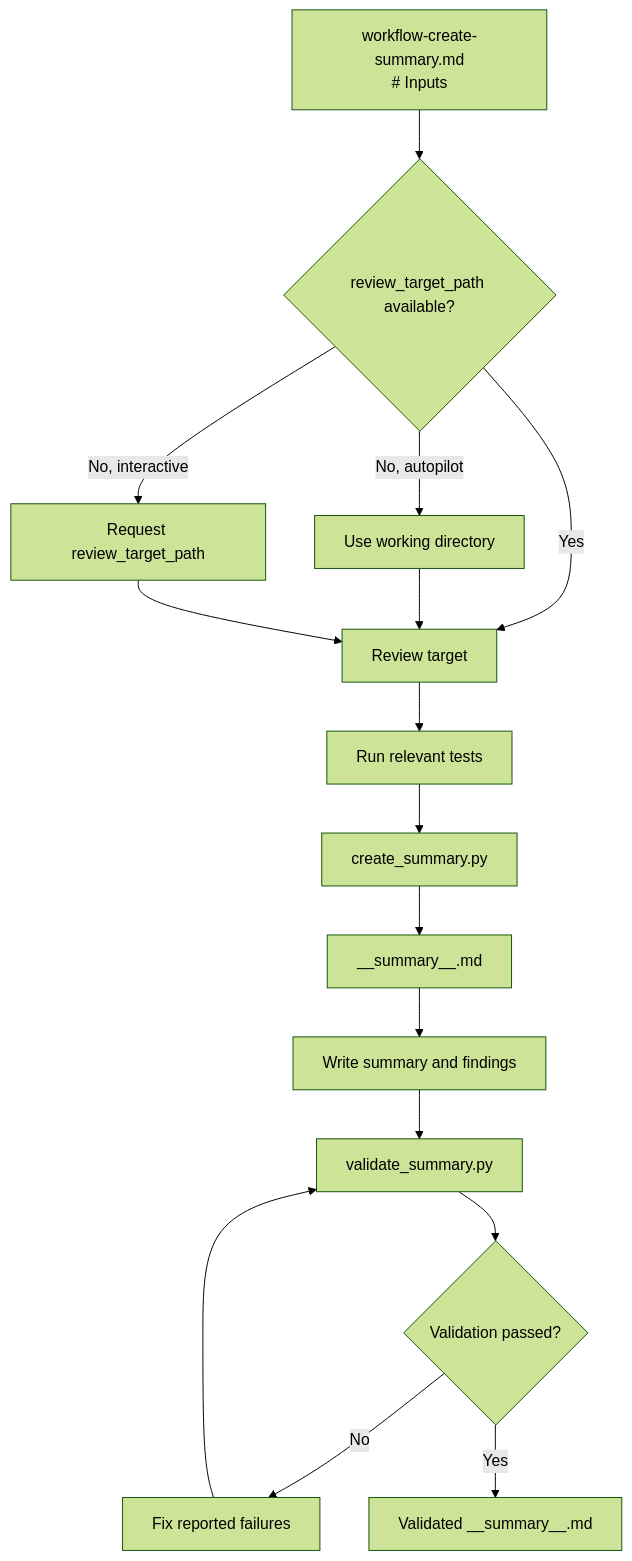
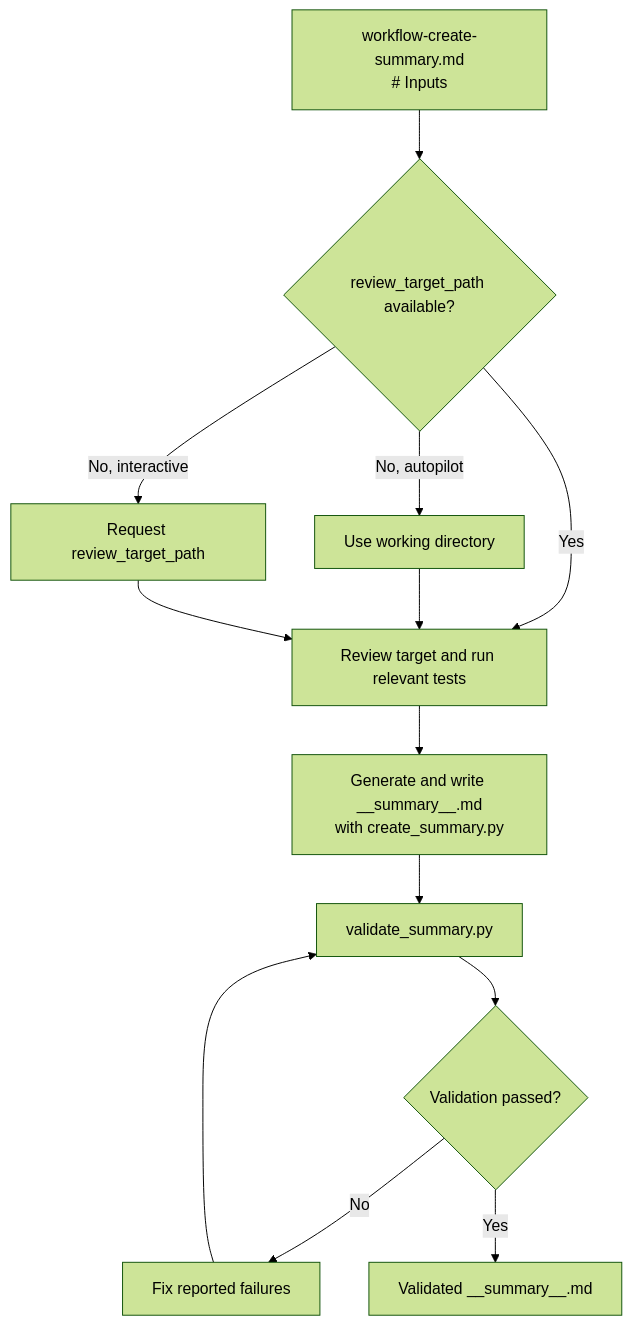
One commit to mols3131d/mols-agent-assets changed the diagram in src/skills/iceberg-code-review/references/workflow-create-summary.md. Above: the diagram before and after it, drawn with Mermaid (forest theme). The commit also changed 1 other file, not shown here.

Commit message:
refactor(iceberg-code-review): simplify workflow diagrams

````diff
--- a/src/skills/iceberg-code-review/references/workflow-create-summary.md
+++ b/src/skills/iceberg-code-review/references/workflow-create-summary.md
@@ -8,18 +8,15 @@
 ```mermaid
 flowchart TD
     A[workflow-create-summary.md<br/># Inputs] --> B{review_target_path available?}
-    B -->|Yes| C[Review target]
+    B -->|Yes| C[Review target and run relevant tests]
     B -->|No, autopilot| D[Use working directory]
     B -->|No, interactive| E[Request review_target_path]
     D --> C
     E --> C
-    C --> F[Run relevant tests]
-    F --> G[create_summary.py]
-    G --> H[__summary__.md]
-    H --> I[Write summary and findings]
-    I --> J[validate_summary.py]
-    J --> K{Validation passed?}
-    K -->|No| L[Fix reported failures]
-    L --> J
-    K -->|Yes| M[Validated __summary__.md]
+    C --> F[Generate and write __summary__.md<br/>with create_summary.py]
+    F --> G[validate_summary.py]
+    G --> H{Validation passed?}
+    H -->|No| I[Fix reported failures]
+    I --> G
+    H -->|Yes| J[Validated __summary__.md]
 ```
````
